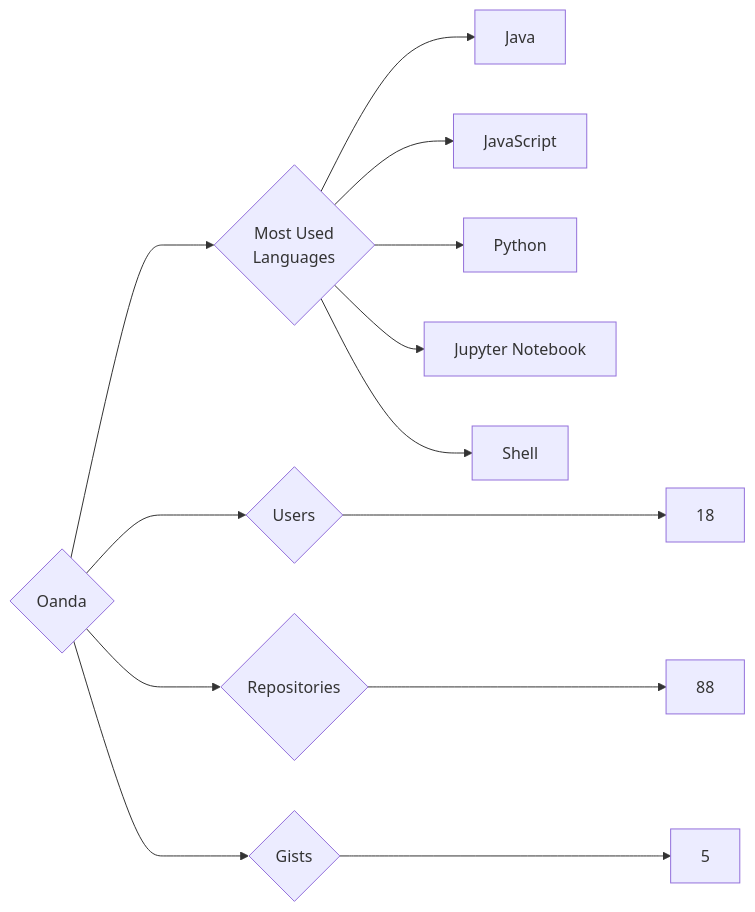
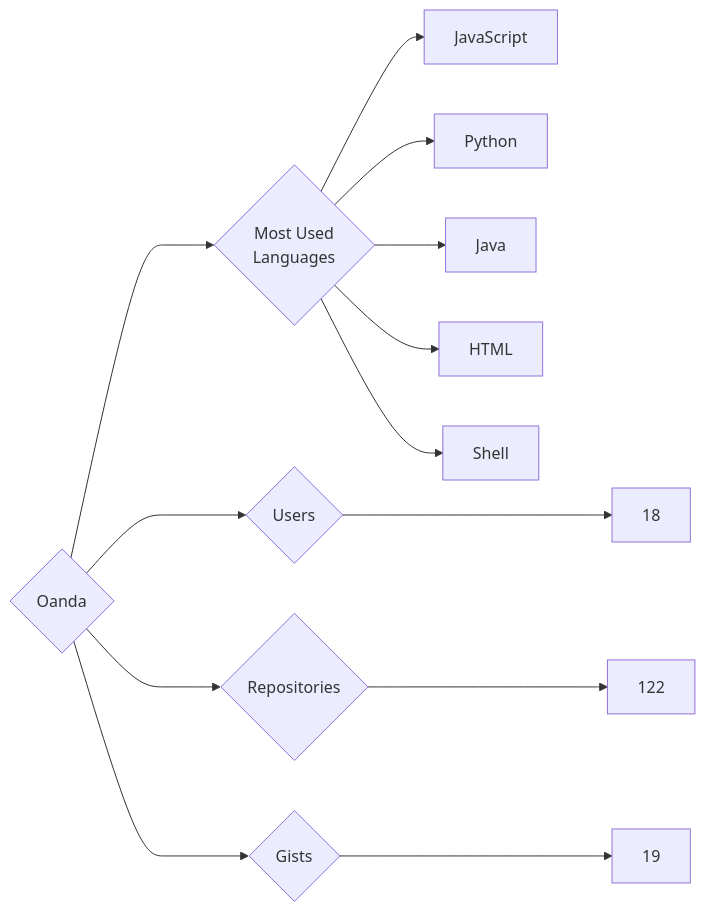
Before and after one commit to trickest/insiders: the diagram in targets/Oanda/README.md, drawn with Mermaid. The commit also changed 765 other files, not shown here.

````diff
--- a/targets/Oanda/README.md
+++ b/targets/Oanda/README.md
@@ -3,13 +3,13 @@
 ```mermaid
 graph LR
 COMPANY_NAME{Oanda}
 COMPANY_NAME ---> U{Users} ---> UN[18]
-COMPANY_NAME ---> R{Repositories} ---> RN[88]
-COMPANY_NAME ---> G{Gists} ---> GN[5]
+COMPANY_NAME ---> R{Repositories} ---> RN[122]
+COMPANY_NAME ---> G{Gists} ---> GN[19]
 COMPANY_NAME ---> ML{Most Used<br>Languages}
-ML --> Java[Java]
 ML --> JavaScript[JavaScript]
 ML --> Python[Python]
-ML --> Jupyter_Notebook[Jupyter Notebook]
+ML --> Java[Java]
+ML --> HTML[HTML]
 ML --> Shell[Shell]
 ```
````
